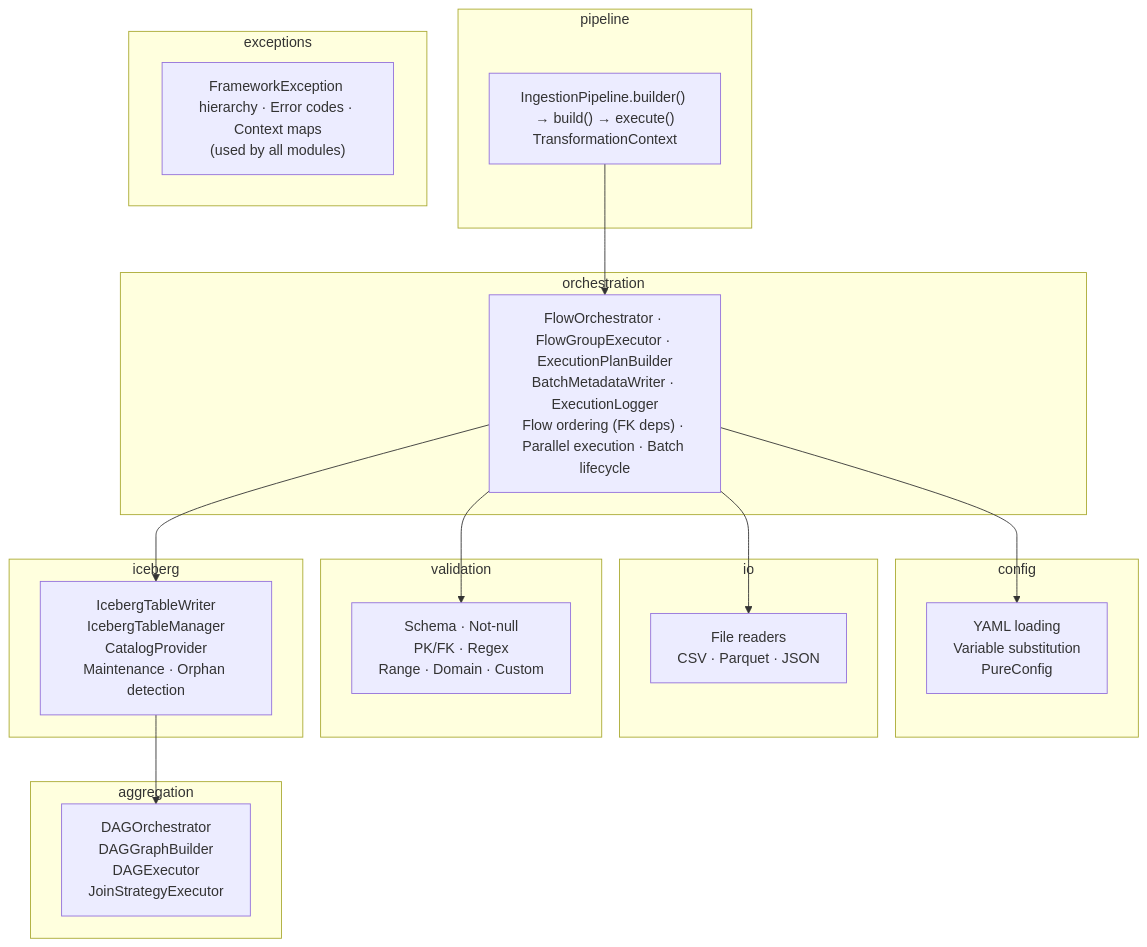
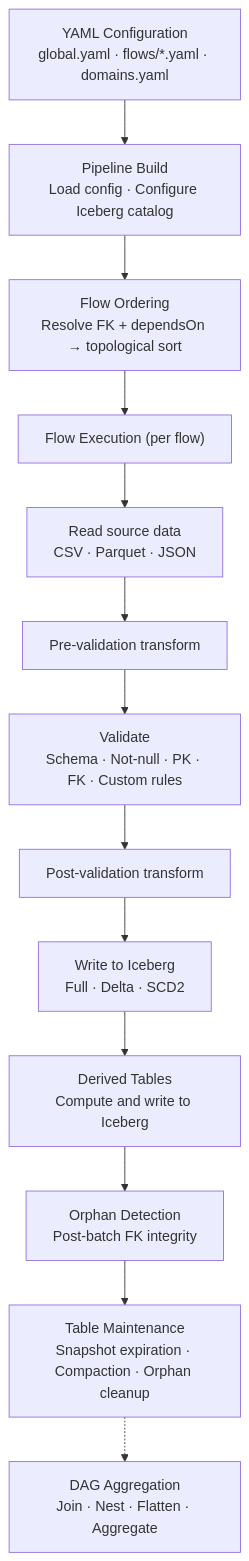
The diagram in site-docs/architecture/overview.md (giacomoaccursi/Floe), drawn with Mermaid before and after one commit. The commit also changed other lines of this file, not shown here.

Commit message:
docs(architecture): rewrite overview with user-facing diagram

````diff
--- a/site-docs/architecture/overview.md
+++ b/site-docs/architecture/overview.md
@@ -7,41 +7,21 @@
 ```mermaid
 graph TD
-    subgraph pipeline
-        P["IngestionPipeline.builder() → build() → execute()<br/>TransformationContext"]
-    end
+    YAML["YAML Configuration<br/>global.yaml · flows/*.yaml · domains.yaml"]
+    BUILD["Pipeline Build<br/>Load config · Configure Iceberg catalog"]
+    ORDER["Flow Ordering<br/>Resolve FK + dependsOn → topological sort"]
+    EXEC["Flow Execution (per flow)"]
+    READ["Read source data<br/>CSV · Parquet · JSON"]
+    PRE["Pre-validation transform"]
+    VAL["Validate<br/>Schema · Not-null · PK · FK · Custom rules"]
+    POST["Post-validation transform"]
+    WRITE["Write to Iceberg<br/>Full · Delta · SCD2"]
+    DERIVED["Derived Tables<br/>Compute and write to Iceberg"]
+    ORPHAN["Orphan Detection<br/>Post-batch FK integrity"]
+    MAINT["Table Maintenance<br/>Snapshot expiration · Compaction · Orphan cleanup"]
+    DAG["DAG Aggregation<br/>Join · Nest · Flatten · Aggregate"]
 
-    subgraph orchestration
-        O["FlowOrchestrator · FlowGroupExecutor · ExecutionPlanBuilder<br/>BatchMetadataWriter · ExecutionLogger<br/>Flow ordering (FK deps) · Parallel execution · Batch lifecycle"]
-    end
-
-    subgraph config
-        C["YAML loading<br/>Variable substitution<br/>PureConfig"]
-    end
-
-    subgraph io
-        I["File readers<br/>CSV · Parquet · JSON"]
-    end
-
-    subgraph validation
-        V["Schema · Not-null<br/>PK/FK · Regex<br/>Range · Domain · Custom"]
-    end
-
-    subgraph iceberg
-        IC["IcebergTableWriter<br/>IcebergTableManager<br/>CatalogProvider<br/>Maintenance · Orphan detection"]
-    end
-
-    subgraph aggregation
-        A["DAGOrchestrator<br/>DAGGraphBuilder<br/>DAGExecutor<br/>JoinStrategyExecutor"]
-    end
-
-    subgraph exceptions
-        E["FrameworkException hierarchy · Error codes · Context maps<br/>(used by all modules)"]
-    end
-
-    P --> O
-    O --> C
-    O --> I
-    O --> V
-    O --> IC
-    IC --> A
+    YAML --> BUILD --> ORDER --> EXEC
+    EXEC --> READ --> PRE --> VAL --> POST --> WRITE
+    WRITE --> DERIVED --> ORPHAN --> MAINT
+    MAINT -.-> DAG
 ```
````
